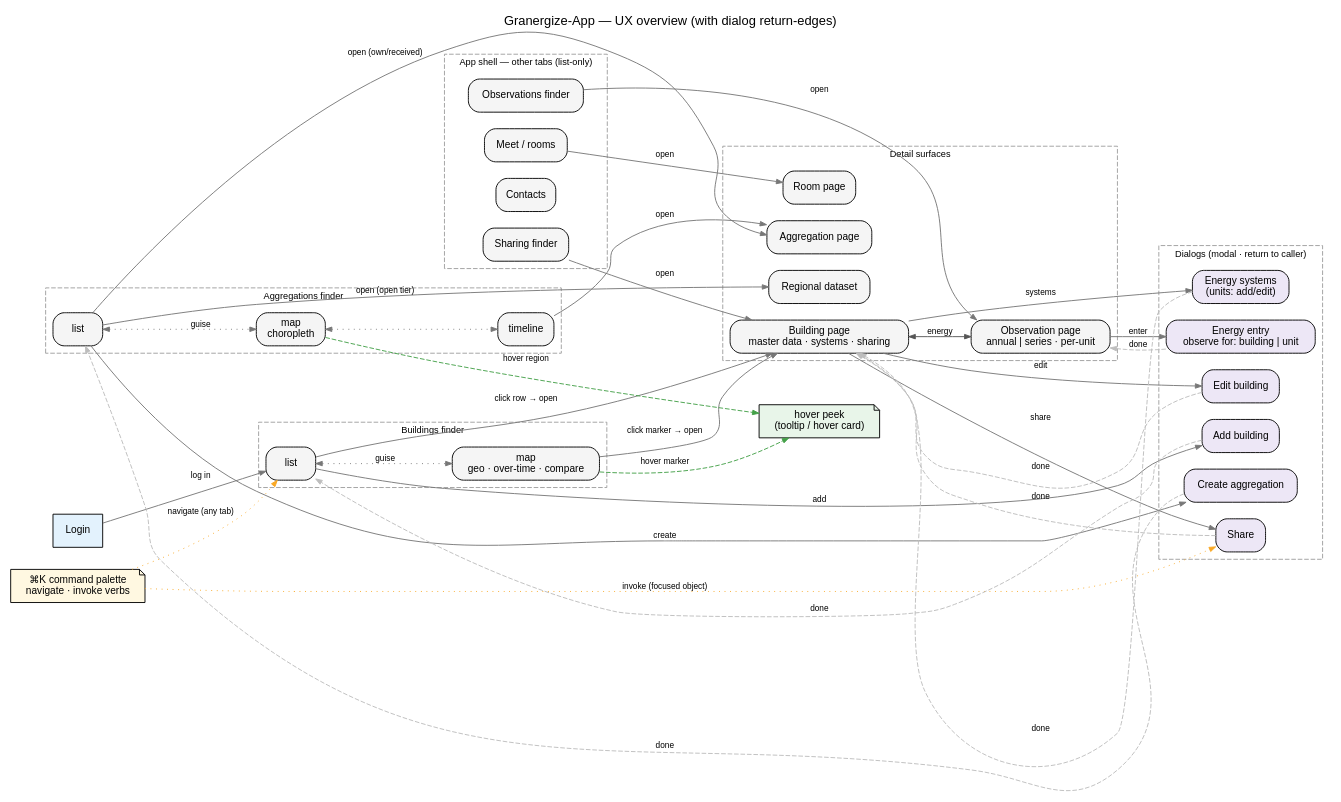
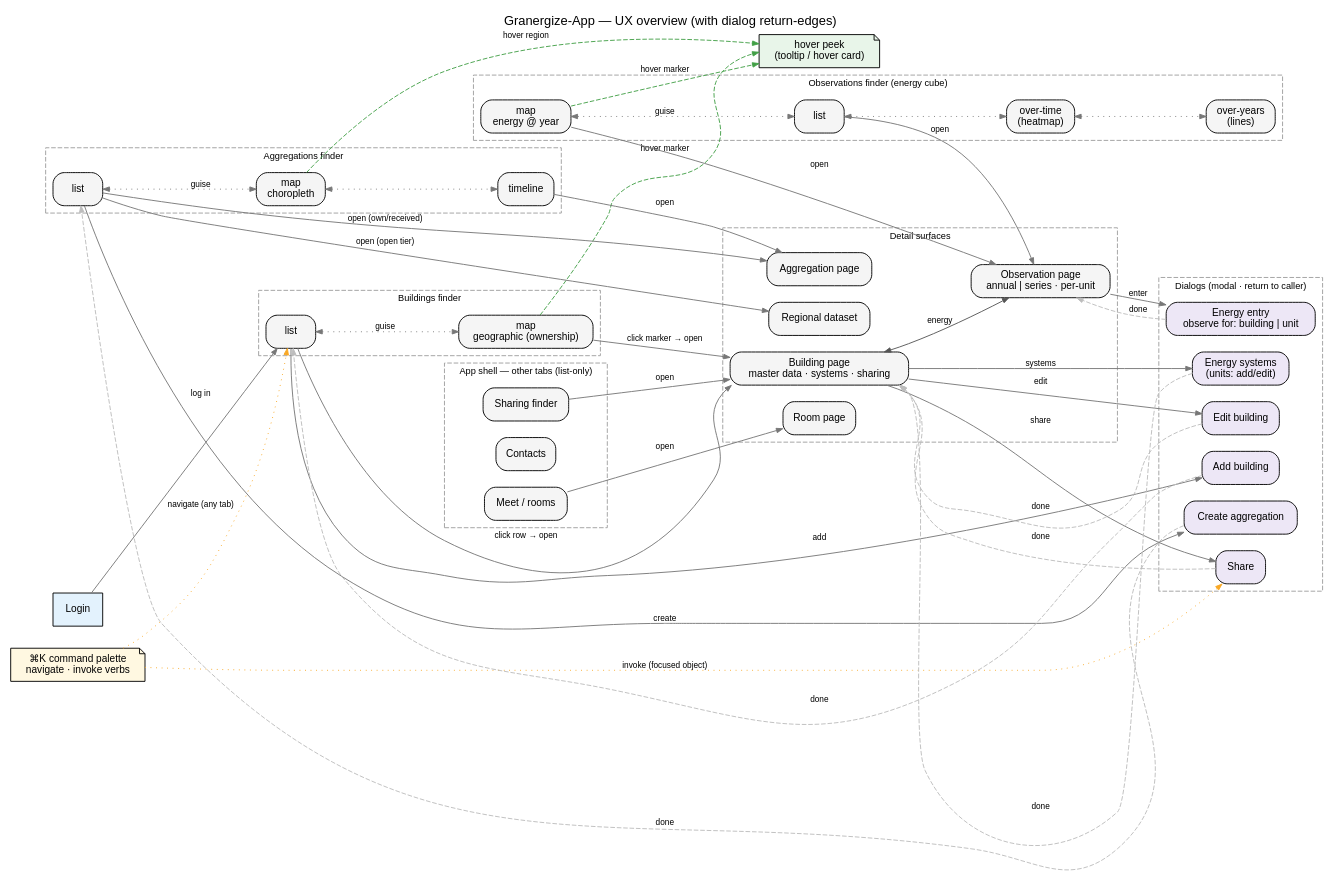
Before and after one commit to wintechis/granergize-webapp: the diagram in notes/ux-overview-returns.dot, drawn with Graphviz. The commit also changed 23 other files, not shown here.

```diff
--- a/notes/ux-overview-returns.dot
+++ b/notes/ux-overview-returns.dot
@@ -1,115 +1,126 @@
 // Granergize-App — UX overview (a poor-man's statechart: coarse surfaces +
 // the transitions between them, one level above a full statechart).
 //
 // Layers: the app-shell TABS (free-switching finders, each with its GUISE
 // sub-states), the DETAIL surfaces you drill into, and the DIALOGS (modal; return
 // to their caller on save/cancel). The ⌘K palette is a global overlay reaching every
 // tab (navigate) and the focused object's verbs (invoke).
 //
 // Edge legend:  solid = open / navigate (full detail-on-demand)
 //               dashed (green) = hover peek (in-place detail-on-demand)
 //               dashed (grey) = dialog return (save/cancel → caller)
 //               dotted = guise toggle  ·  orange dotted = ⌘K palette
 //
 // Render: `dot -Tsvg ux-overview.dot -o ux-overview.svg`.
 digraph ux {
   rankdir=LR;
   compound=true;
   fontname="Helvetica";
   labelloc="t";
   label="Granergize-App — UX overview (with dialog return-edges)";
   node [shape=box, style="rounded,filled", fillcolor="#f5f5f5",
         fontname="Helvetica", fontsize=11, margin="0.11,0.06"];
   edge [fontname="Helvetica", fontsize=9, color="#777777", arrowsize=0.7];
 
   Login [fillcolor="#e3f2fd", shape=box, style="filled"];
   Palette [label="⌘K command palette\nnavigate · invoke verbs",
            shape=note, fillcolor="#fff8e1"];
   Peek [label="hover peek\n(tooltip / hover card)", shape=note, fillcolor="#e8f5e9"];
 
   // ── App-shell tabs (switch freely), the multi-guise ones as a cluster of
   // GUISE sub-states; the list-only finders are single nodes. ──
   subgraph cluster_buildings {
     label="Buildings finder"; style="dashed"; color="#9e9e9e"; fontsize=10;
     B_list [label="list"];
-    B_map  [label="map\ngeo · over-time · compare"];
+    B_map  [label="map\ngeographic (ownership)"];
     B_list -> B_map [dir=both, style=dotted, label="guise"];
+  }
+  subgraph cluster_obs {
+    label="Observations finder (energy cube)"; style="dashed"; color="#9e9e9e"; fontsize=10;
+    O_map       [label="map\nenergy @ year"];
+    O_list      [label="list"];
+    O_overtime  [label="over-time\n(heatmap)"];
+    O_overyears [label="over-years\n(lines)"];
+    O_map -> O_list           [dir=both, style=dotted, label="guise"];
+    O_list -> O_overtime      [dir=both, style=dotted];
+    O_overtime -> O_overyears [dir=both, style=dotted];
   }
   subgraph cluster_agg {
     label="Aggregations finder"; style="dashed"; color="#9e9e9e"; fontsize=10;
     A_list     [label="list"];
     A_map      [label="map\nchoropleth"];
     A_timeline [label="timeline"];
     A_list -> A_map      [dir=both, style=dotted, label="guise"];
     A_map  -> A_timeline [dir=both, style=dotted];
   }
   subgraph cluster_singletabs {
     label="App shell — other tabs (list-only)"; style="dashed"; color="#9e9e9e"; fontsize=10;
-    Observations [label="Observations finder"];
     Sharing      [label="Sharing finder"];
     Contacts     [label="Contacts"];
     Meet         [label="Meet / rooms"];
   }
 
   // ── Detail surfaces (drilled into) ──
   subgraph cluster_detail {
     label="Detail surfaces"; style="dashed"; color="#9e9e9e"; fontsize=10;
     BuildingPage    [label="Building page\nmaster data · systems · sharing"];
     ObservationPage [label="Observation page\nannual | series · per-unit"];
     AggregationPage [label="Aggregation page"];
     RegionalPage    [label="Regional dataset"];
     RoomPage        [label="Room page"];
   }
 
   // ── Dialogs (modal · return to caller on save/cancel) ──
   subgraph cluster_dialogs {
     label="Dialogs (modal · return to caller)"; style="dashed"; color="#9e9e9e"; fontsize=10;
     node [fillcolor="#ede7f6"];
     AddBuilding   [label="Add building"];
     EditBuilding  [label="Edit building"];
     ShareBuilding [label="Share"];
     EnergySystems [label="Energy systems\n(units: add/edit)"];
     EnergyEntry   [label="Energy entry\nobserve for: building | unit"];
     CreateAgg     [label="Create aggregation"];
   }
 
   Login -> B_list [label="log in"];
 
   // ── Details-on-demand: hover = in-place peek, click = open the detail page ──
   B_map  -> Peek            [style=dashed, color="#43a047", label="hover marker"];
   A_map  -> Peek            [style=dashed, color="#43a047", label="hover region"];
+  O_map  -> Peek            [style=dashed, color="#43a047", label="hover marker"];
   B_map  -> BuildingPage    [label="click marker → open"];
   B_list -> BuildingPage    [label="click row → open"];
   A_list -> AggregationPage [label="open (own/received)"];
   A_timeline -> AggregationPage [label="open"];
   A_list -> RegionalPage    [label="open (open tier)"];
-  Observations -> ObservationPage [label="open"];
+  O_map  -> ObservationPage [label="open"];
+  O_list -> ObservationPage [label="open"];
   Sharing      -> BuildingPage    [label="open"];
   Meet         -> RoomPage        [label="open"];
 
   // detail ↔ detail
   BuildingPage -> ObservationPage [label="energy", dir=both, color="#555555"];
 
   // detail / finder → dialogs
   B_list          -> AddBuilding   [label="add"];
   BuildingPage    -> EditBuilding  [label="edit"];
   BuildingPage    -> ShareBuilding [label="share"];
   BuildingPage    -> EnergySystems [label="systems"];
   ObservationPage -> EnergyEntry   [label="enter"];
   A_list          -> CreateAgg     [label="create"];
 
   // dialog return-edges: on save/cancel a modal closes back to its caller
   // (constraint=false so the back-edges don't fight the left→right layout)
   edge [style=dashed, color="#bdbdbd", constraint=false, label="done"];
   AddBuilding   -> B_list;
   EditBuilding  -> BuildingPage;
   ShareBuilding -> BuildingPage;
   EnergySystems -> BuildingPage;
   EnergyEntry   -> ObservationPage;
   CreateAgg     -> A_list;
   edge [style=solid, color="#777777", constraint=true, label=""]; // reset defaults
 
   // ⌘K palette: global overlay (any tab · the focused object's verbs)
   Palette -> B_list        [style=dotted, color="#f9a825", label="navigate (any tab)"];
   Palette -> ShareBuilding [style=dotted, color="#f9a825", label="invoke (focused object)"];
 }
```
